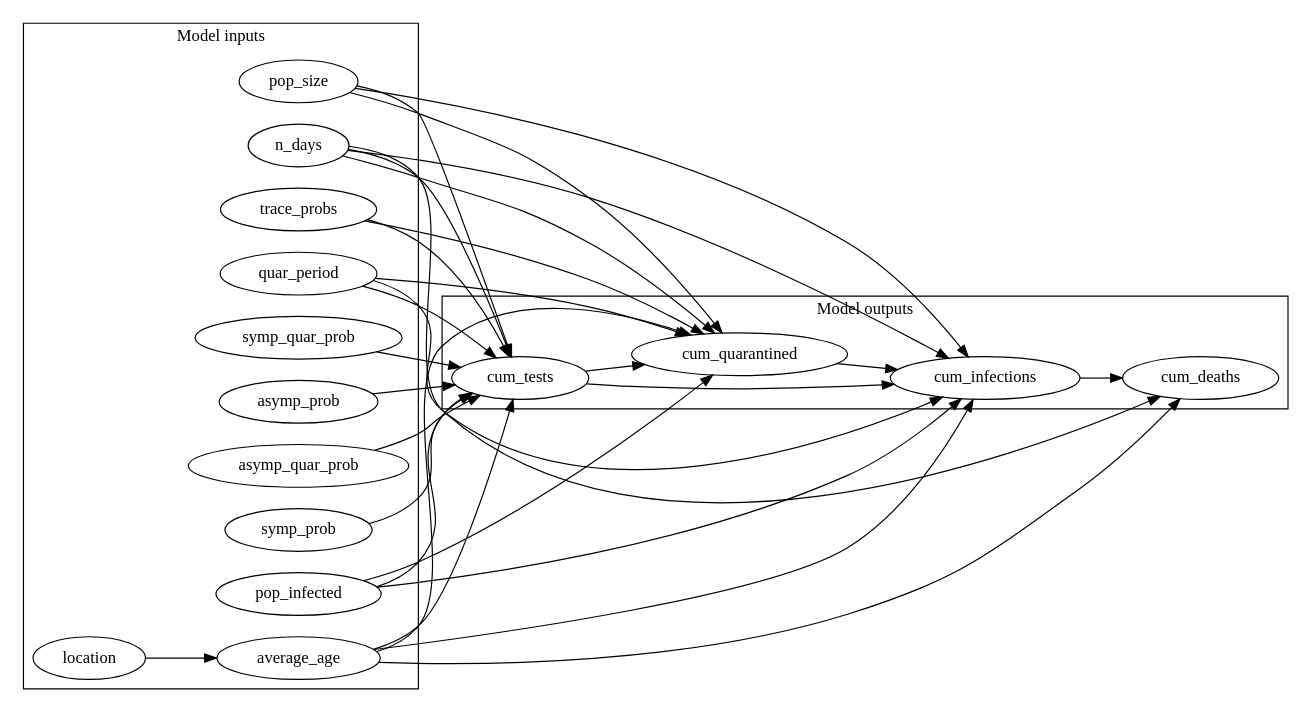
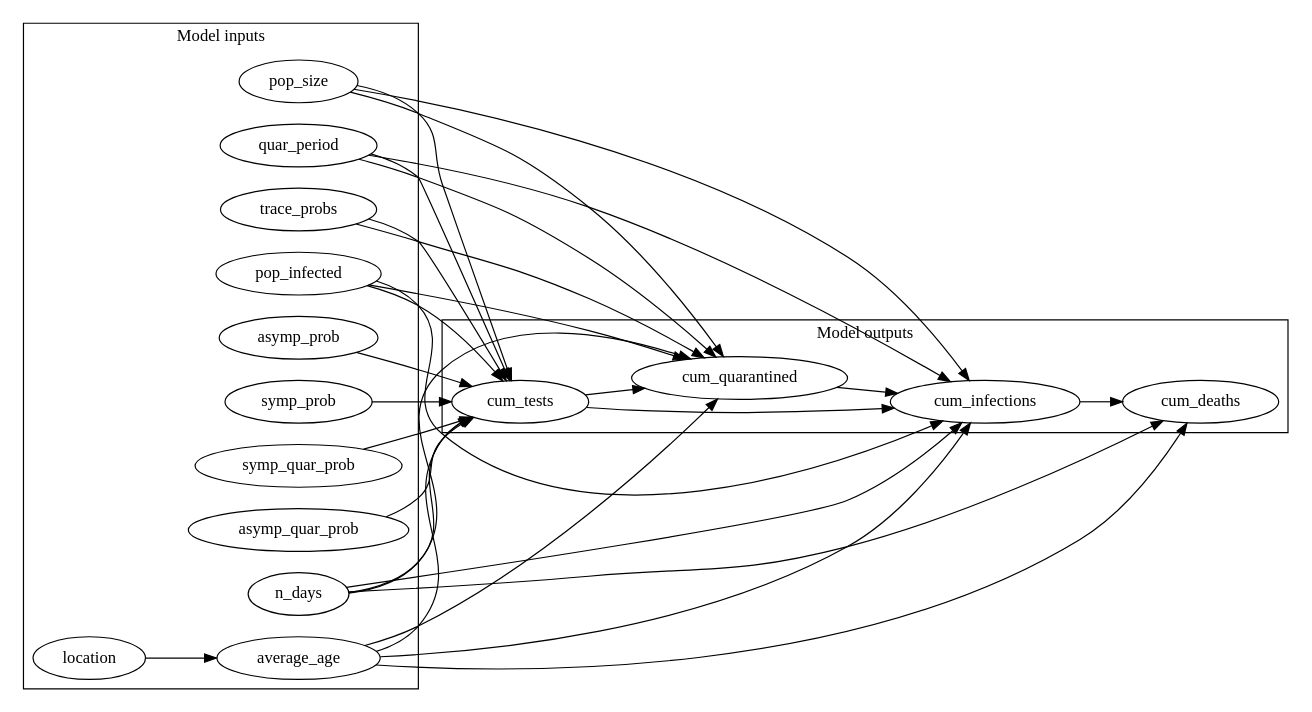
The diagram in scenarios/abstract/dags/compare_interventions_basic.dot (CITCOM-project/causcumber), drawn with Graphviz before and after one commit. The commit also changed other lines of this file and 4 other files, not shown here.

```diff
--- a/scenarios/abstract/dags/compare_interventions_basic.dot
+++ b/scenarios/abstract/dags/compare_interventions_basic.dot
@@ -1,54 +1,54 @@
 digraph "" {
 	graph [newrank=True,
 		rankdir=LR
 	];
+	subgraph cluster_inputs {
+		graph [label="Model inputs"];
+		symp_prob;
+		symp_quar_prob;
+		average_age;
+		trace_probs;
+		pop_infected;
+		asymp_prob;
+		n_days;
+		quar_period;
+		location;
+		asymp_quar_prob;
+		pop_size;
+	}
 	subgraph cluster_outputs {
 		graph [label="Model outputs"];
+		cum_infections;
 		cum_quarantined;
 		cum_tests;
 		cum_deaths;
-		cum_infections;
 	}
-	subgraph cluster_inputs {
-		graph [label="Model inputs"];
-		location;
-		asymp_prob;
-		pop_infected;
-		asymp_quar_prob;
-		trace_probs;
-		quar_period;
-		average_age;
-		pop_size;
-		symp_prob;
-		symp_quar_prob;
-		n_days;
-	}
-	location -> average_age;
-	asymp_prob -> cum_tests;
-	pop_infected -> cum_quarantined;
-	pop_infected -> cum_tests;
-	pop_infected -> cum_infections;
-	asymp_quar_prob -> cum_tests;
-	trace_probs -> cum_quarantined;
-	trace_probs -> cum_tests;
-	quar_period -> cum_quarantined;
-	quar_period -> cum_tests;
-	quar_period -> cum_infections;
+	symp_prob -> cum_tests;
+	symp_quar_prob -> cum_tests;
+	average_age -> cum_infections;
 	average_age -> cum_quarantined;
 	average_age -> cum_tests;
 	average_age -> cum_deaths;
-	average_age -> cum_infections;
-	pop_size -> cum_quarantined;
-	pop_size -> cum_tests;
-	pop_size -> cum_infections;
-	symp_prob -> cum_tests;
-	symp_quar_prob -> cum_tests;
+	trace_probs -> cum_quarantined;
+	trace_probs -> cum_tests;
+	pop_infected -> cum_infections;
+	pop_infected -> cum_quarantined;
+	pop_infected -> cum_tests;
+	asymp_prob -> cum_tests;
+	n_days -> cum_infections;
 	n_days -> cum_quarantined;
 	n_days -> cum_tests;
 	n_days -> cum_deaths;
-	n_days -> cum_infections;
+	quar_period -> cum_infections;
+	quar_period -> cum_quarantined;
+	quar_period -> cum_tests;
+	location -> average_age;
+	asymp_quar_prob -> cum_tests;
+	pop_size -> cum_infections;
+	pop_size -> cum_quarantined;
+	pop_size -> cum_tests;
+	cum_infections -> cum_deaths;
 	cum_quarantined -> cum_infections;
+	cum_tests -> cum_infections;
 	cum_tests -> cum_quarantined;
-	cum_tests -> cum_infections;
-	cum_infections -> cum_deaths;
 }
```
